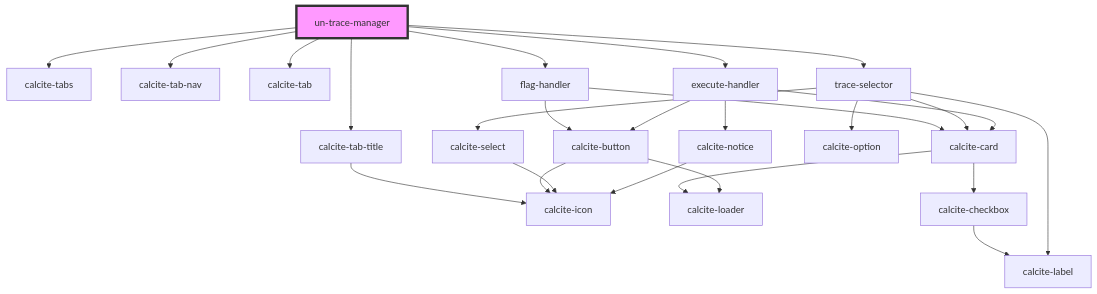
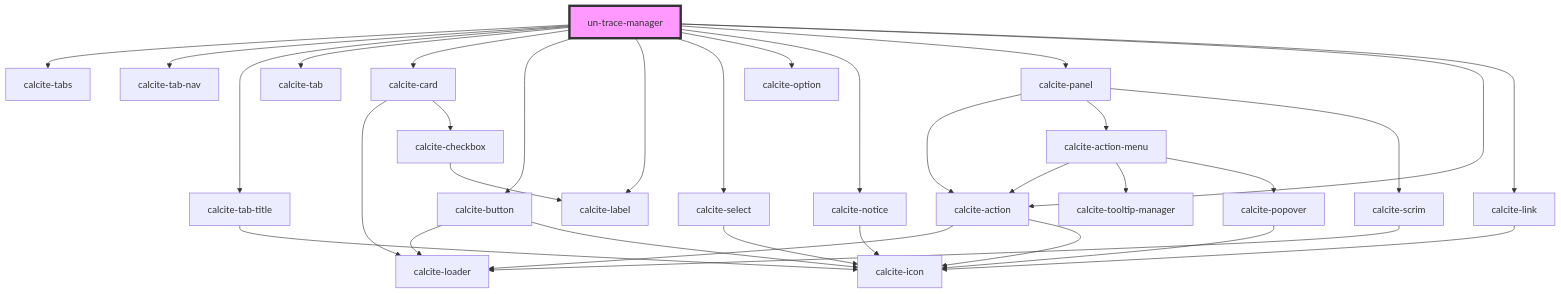
Before and after one commit to epekcan/solutions-widget-utility-network-trace: the diagram in un-web-component/src/components/un-trace-manager/readme.md, drawn with Mermaid. The commit also changed other lines of this file and 8 other files, not shown here.

````diff
--- a/un-web-component/src/components/un-trace-manager/readme.md
+++ b/un-web-component/src/components/un-trace-manager/readme.md
@@ -47,28 +55,36 @@
 ```mermaid
 graph TD;
   un-trace-manager --> calcite-tabs
   un-trace-manager --> calcite-tab-nav
   un-trace-manager --> calcite-tab-title
   un-trace-manager --> calcite-tab
-  un-trace-manager --> flag-handler
-  un-trace-manager --> trace-selector
-  un-trace-manager --> execute-handler
+  un-trace-manager --> calcite-card
+  un-trace-manager --> calcite-button
+  un-trace-manager --> calcite-label
+  un-trace-manager --> calcite-select
+  un-trace-manager --> calcite-option
+  un-trace-manager --> calcite-notice
+  un-trace-manager --> calcite-panel
+  un-trace-manager --> calcite-action
+  un-trace-manager --> calcite-link
   calcite-tab-title --> calcite-icon
-  flag-handler --> calcite-card
-  flag-handler --> calcite-button
   calcite-card --> calcite-loader
   calcite-card --> calcite-checkbox
   calcite-checkbox --> calcite-label
   calcite-button --> calcite-loader
   calcite-button --> calcite-icon
-  trace-selector --> calcite-card
-  trace-selector --> calcite-label
-  trace-selector --> calcite-select
-  trace-selector --> calcite-option
   calcite-select --> calcite-icon
-  execute-handler --> calcite-card
-  execute-handler --> calcite-notice
-  execute-handler --> calcite-button
   calcite-notice --> calcite-icon
+  calcite-panel --> calcite-action
+  calcite-panel --> calcite-action-menu
+  calcite-panel --> calcite-scrim
+  calcite-action --> calcite-loader
+  calcite-action --> calcite-icon
+  calcite-action-menu --> calcite-action
+  calcite-action-menu --> calcite-tooltip-manager
+  calcite-action-menu --> calcite-popover
+  calcite-popover --> calcite-icon
+  calcite-scrim --> calcite-loader
+  calcite-link --> calcite-icon
   style un-trace-manager fill:#f9f,stroke:#333,stroke-width:4px
 ```
````
